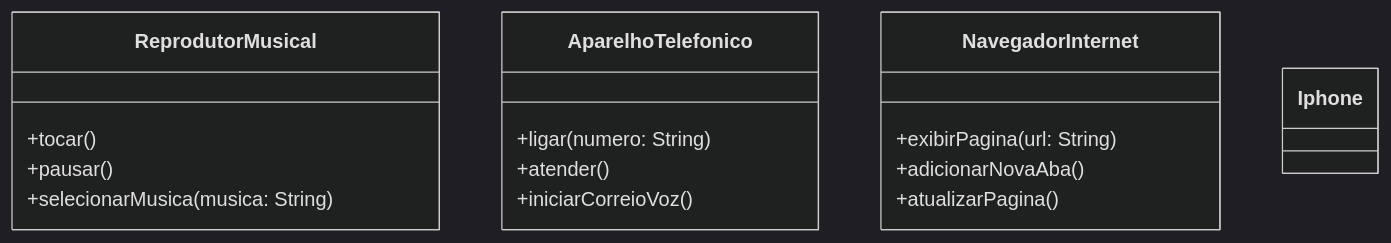
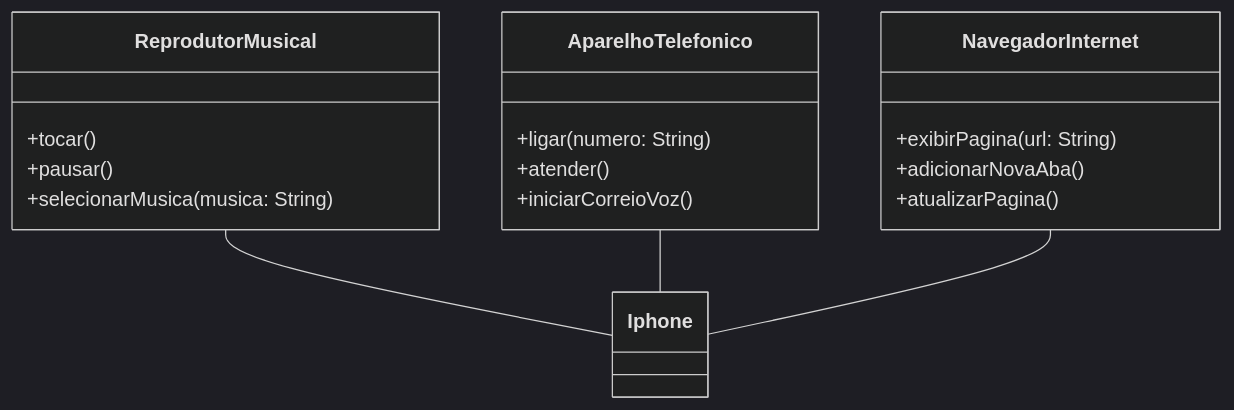
The diagram in README.md (AnaDascenzio/dio-desafio-modelagem-iphone), drawn with Mermaid (dark theme) before and after one commit.

Commit message:
Correção de diagrama no README

````diff
--- a/README.md
+++ b/README.md
@@ -7,27 +7,27 @@
 ```mermaid
 classDiagram
     class ReprodutorMusical {
         +tocar()
         +pausar()
         +selecionarMusica(musica: String)
     }
     
     class AparelhoTelefonico {
         +ligar(numero: String)
         +atender()
         +iniciarCorreioVoz()
     }
     
     class NavegadorInternet {
         +exibirPagina(url: String)
         +adicionarNovaAba()
         +atualizarPagina()
     }
     
     class Iphone {
     }
     
-    Iphone implements ReprodutorMusical
-    Iphone implements AparelhoTelefonico
-    Iphone implements NavegadorInternet
+    ReprodutorMusical -- Iphone
+    AparelhoTelefonico -- Iphone
+    NavegadorInternet -- Iphone
 ```
````
